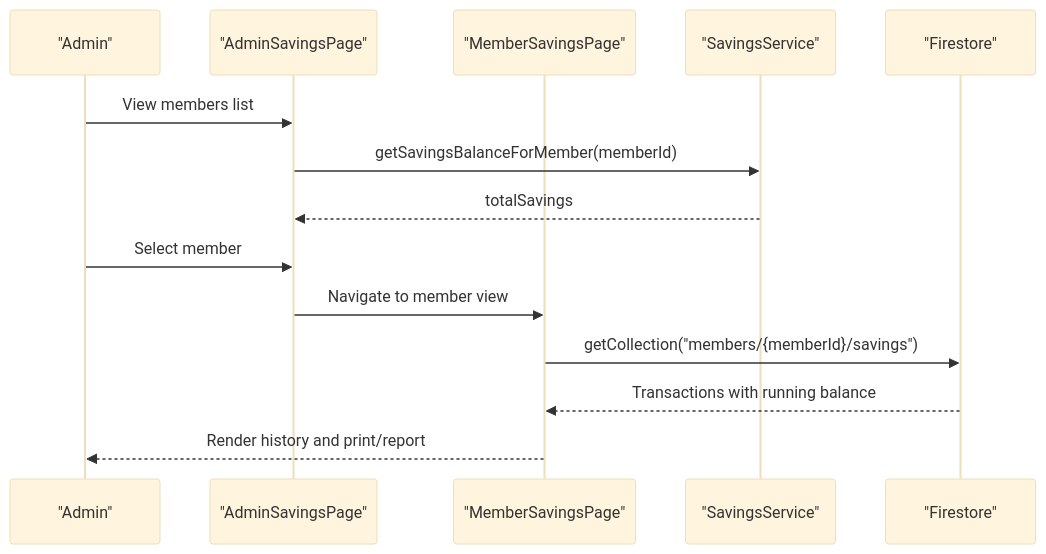
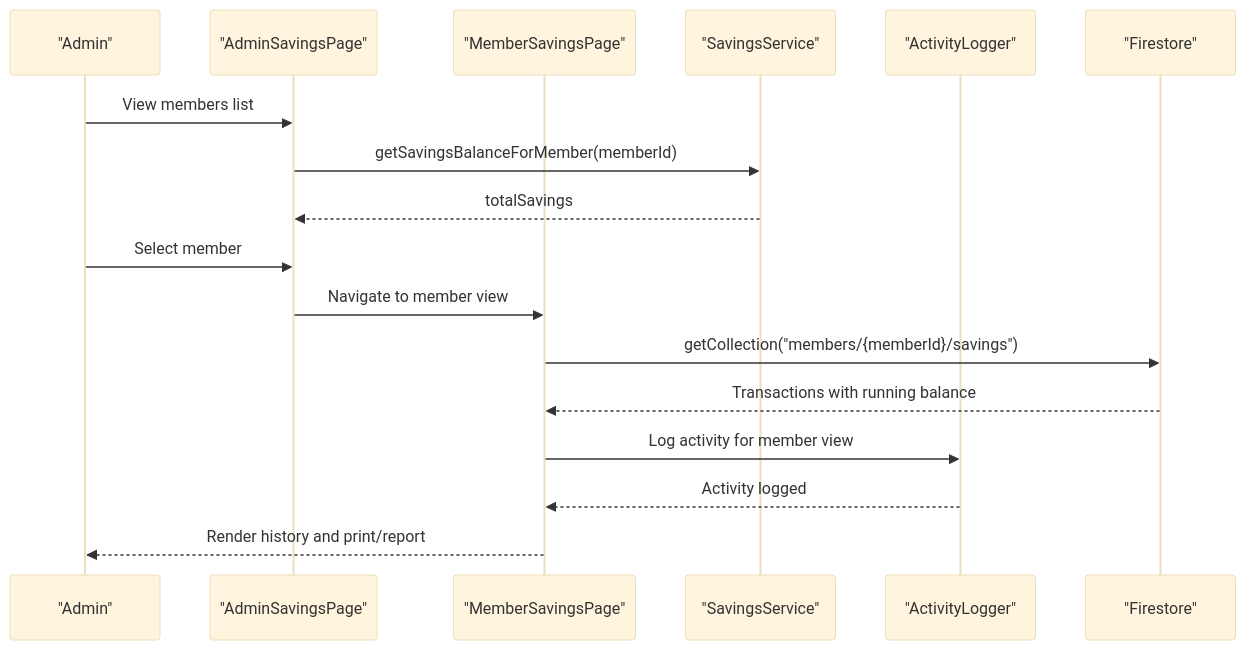
Diagram 19 of 20 in .qoder/repowiki/en/content/Savings Management System/Savings Management System.md (Unsure-bry/sampacoop_system), drawn with Mermaid (base theme) before and after one commit. The commit also changed other lines of this file and 24 other files, not shown here.

````diff
--- a/.qoder/repowiki/en/content/Savings Management System/Savings Management System.md
+++ b/.qoder/repowiki/en/content/Savings Management System/Savings Management System.md
@@ -581,16 +753,19 @@
 ```mermaid
 sequenceDiagram
 participant A as "Admin"
 participant AP as "AdminSavingsPage"
 participant MP as "MemberSavingsPage"
 participant SS as "SavingsService"
+participant AL as "ActivityLogger"
 participant FS as "Firestore"
 A->>AP : View members list
 AP->>SS : getSavingsBalanceForMember(memberId)
 SS-->>AP : totalSavings
 A->>AP : Select member
 AP->>MP : Navigate to member view
 MP->>FS : getCollection("members/{memberId}/savings")
 FS-->>MP : Transactions with running balance
+MP->>AL : Log activity for member view
+AL-->>MP : Activity logged
 MP-->>A : Render history and print/report
 ```
````
